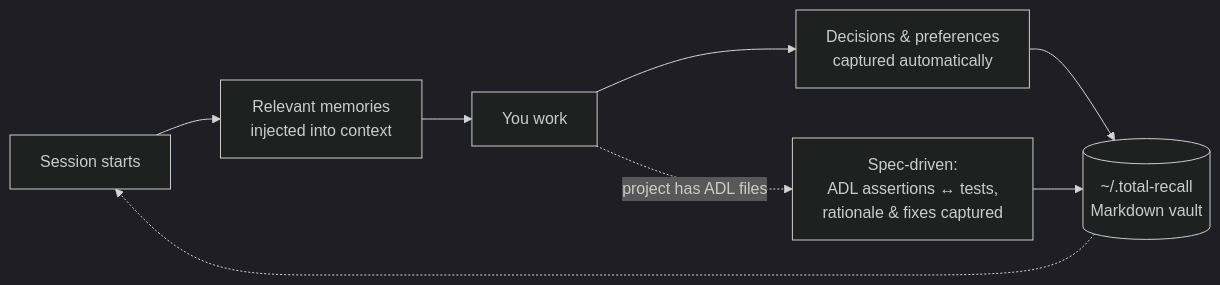
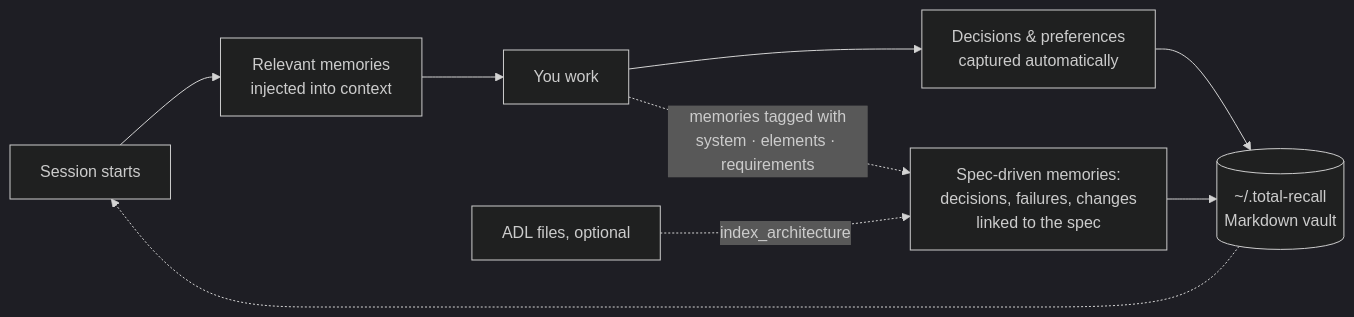
The first of 2 diagrams in README.md (adrian-balaban/total-recall), drawn with Mermaid (dark theme) before and after one commit. The commit also changed other lines of this file and 2 other files, not shown here.

Commit message:
docs: spec-driven works with memories alone, ADL is optional

````diff
--- a/README.md
+++ b/README.md
@@ -20,10 +20,11 @@
 ```mermaid
 flowchart LR
     A[Session starts] --> B[Relevant memories<br/>injected into context]
     B --> C[You work]
     C --> D[Decisions & preferences<br/>captured automatically]
     D --> E[(~/.total-recall<br/>Markdown vault)]
     E -.-> A
-    C -.->|project has ADL files| G[Spec-driven:<br/>ADL assertions ↔ tests,<br/>rationale & fixes captured]
+    C -.->|memories tagged with<br/>system · elements · requirements| G[Spec-driven memories:<br/>decisions, failures, changes<br/>linked to the spec]
     G --> E
+    H[ADL files, optional] -.->|index_architecture| G
 ```
````
